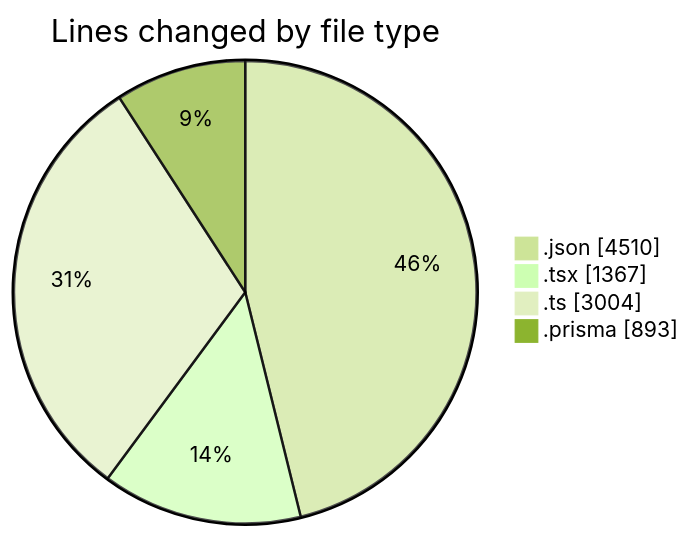
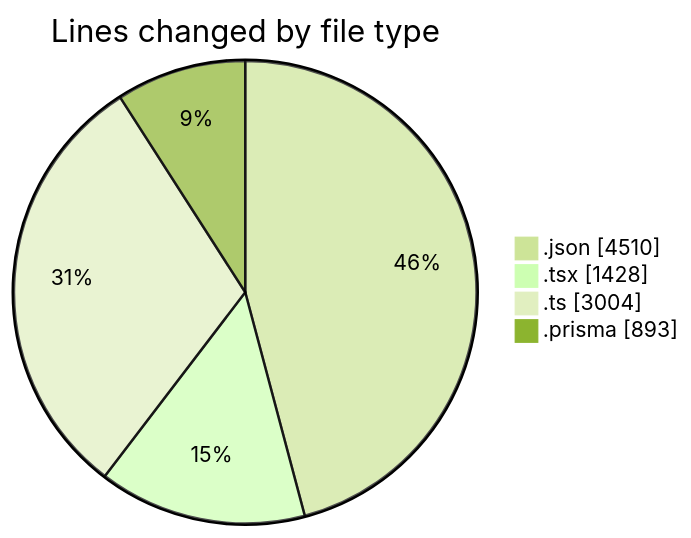
Before and after one commit to CELIANVF/code-tracking: the first of 2 diagrams in 2025-05-05/ecodeli/README.md, drawn with Mermaid (forest theme). The commit also changed other lines of this file and 1 other file, not shown here.

````diff
--- a/2025-05-05/ecodeli/README.md
+++ b/2025-05-05/ecodeli/README.md
@@ -35,8 +36,8 @@
 ```mermaid
 pie showData
 title Lines changed by file type
 ".json" : 4510
-".tsx" : 1367
+".tsx" : 1428
 ".ts" : 3004
 ".prisma" : 893
 ```
````
